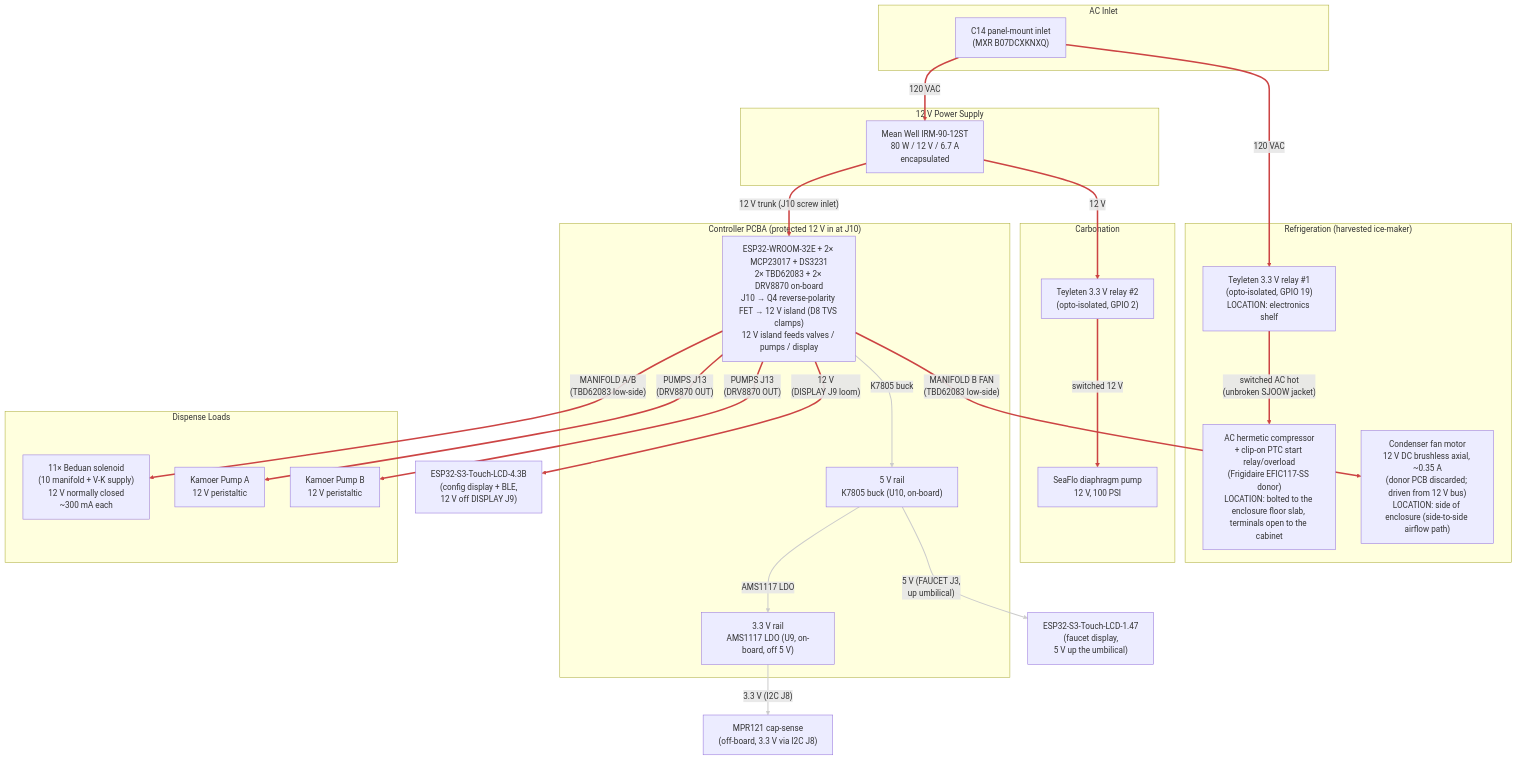
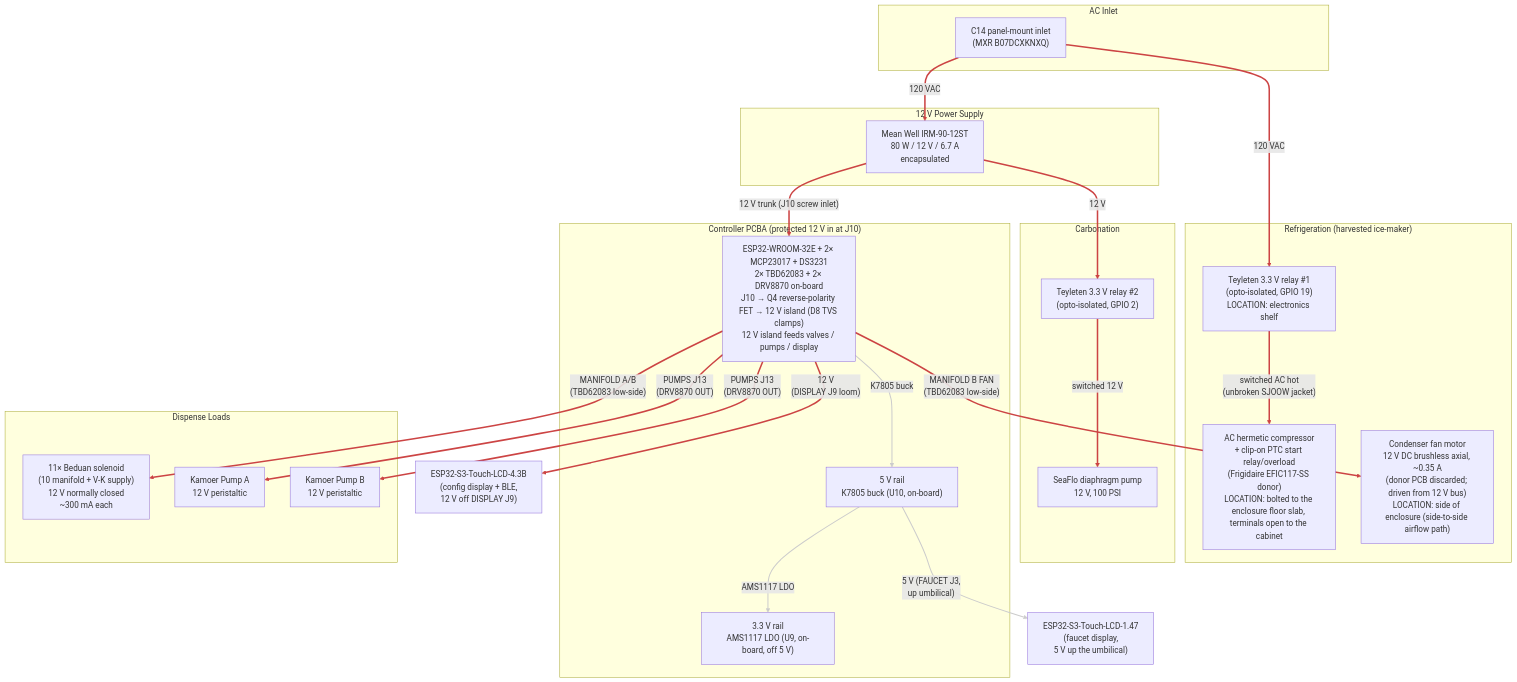
One commit to derekbreden/homesodamachine changed the diagram in hardware/wiring/power.mmd. Above: the diagram before and after it, drawn with Mermaid. The commit also changed 62 other files, not shown here.

First line of the commit message:
the cap-sense subsystem leaves, and nothing in the machine holds nothing

```diff
--- a/hardware/wiring/power.mmd
+++ b/hardware/wiring/power.mmd
@@ -1,133 +1,129 @@
 flowchart TD
 
   %% Power Distribution (current plan).
   %% 120 VAC mains in via C14 inlet; Mean Well 12 V PSU supplies the
   %% 12 V bus for everything except the compressor itself, which runs
   %% on switched mains via Teyleten relay #1 (PCBA RELAYS J5, ESP32
   %% GPIO 19). The 12 V diaphragm pump is gated by Teyleten relay #2
   %% (PCBA RELAYS J5, ESP32 GPIO 2) so firmware can keep refill off
   %% during an active dispense. Both relay modules take their coil/opto
   %% 5 V from RELAYS J5.
   %% The 12 V bus feeds the controller PCBA at its screw inlet (J10).
   %% The inlet is protected in series: a P-channel MOSFET (Q4, AO3407)
   %% in the high side blocks reverse polarity before the 12 V reaches the
   %% island; and a 15 V TVS (D8, SMAJ15A) clamps input surges the board
   %% sees to under C3's 25 V rating. Overcurrent is bounded by the Mean
   %% Well supply's own 6.7 A OCP.
   %% The board makes its own logic rails — 5 V from the on-board K7805
   %% buck (U10), 3.3 V from the on-board AMS1117 LDO (U9, off the 5 V
   %% rail) — and carries the WROOM, both MCP23017s, the RTC, both
   %% TBD62083s, and the two DRV8870 pump H-bridges. Off-board 12 V
   %% loads draw through the board: solenoid valves + condenser fan
   %% through the TBD62083 channels (MANIFOLD A/B), peristaltic pumps through
   %% the DRV8870s (PUMPS J13), and the 4.3B config display through its
   %% loom connector (DISPLAY J9 carries RS485 + 12 V). The faucet
   %% display takes 5 V up the umbilical (FAUCET J3); the sensor loom
   %% (SENSORS J4) and the MQ-6 heater (GAS J11) draw 5 V / 3.3 V off
   %% the same on-board rails.
   %% Physical placement:
   %% - The C14 inlet, AC distribution, PSU, both Teyleten relays, and
   %%   the controller PCBA sit on a single electronics shelf at the
   %%   top-back of the enclosure, behind the rear-wall C14 inlet.
   %% - The compressor sits middle-bottom, bolted down to the enclosure
   %%   floor slab on four printed posts. Its terminal block and its
   %%   clip-on PTC start relay + overload module stand OPEN to the
   %%   cabinet volume — nothing encloses them. `/business/regulatory.md`
   %%   carries that as a live gap against 60335-2-24's fire-enclosure
   %%   requirement, and closing it is a prerequisite for any claim.
   %% - Teyleten relay #1 stays on the SHELF, away from the refrigerant
   %%   compartment. Only switched AC reaches the compressor — one
   %%   jacketed SJOOW bundle, switched H + N + chassis G (AC-4/5/6),
   %%   unbroken from the shelf and its own strain relief. This keeps
   %%   the arcing contact out of the hydrocarbon-refrigerant volume,
   %%   which is the one placement rule that still holds there.
   %% - The condenser fan motor is on the side of the enclosure
   %%   (the side-to-side intake → condenser → exhaust airflow path).
   %%   It is a 12 V DC brushless axial
   %%   fan: the donor ice maker's own PCB regulated mains to 12 V
   %%   to drive it (factory wiring was never AC on the fan itself),
   %%   so on harvest we discard the donor PCB and drive the fan
   %%   from our own 12 V bus. Low-side switched via one channel of
   %%   TBD62083 #2 (MANIFOLD B FAN pin, driven from MCP23017 0x21
   %%   PA3) — same pattern as the solenoid valves. Firmware turns it
   %%   on/off in lockstep with the compressor.
   %% See `ac-wiring-schedule.md` for run-by-run gauges + lengths and
   %% `../assembly/enclosure-mechanical.md` §5 for the compressor's
   %% four floor posts and the bond that lands under one of their screws.
 
   subgraph AC_Inlet["AC Inlet"]
     C14["C14 panel-mount inlet\n(MXR B07DCXKNXQ)"]
   end
 
   subgraph Supply["12 V Power Supply"]
     PSU["Mean Well IRM-90-12ST\n80 W / 12 V / 6.7 A\nencapsulated"]
   end
 
   subgraph Refrigeration["Refrigeration  (harvested ice-maker)"]
     RELAY["Teyleten 3.3 V relay #1\n(opto-isolated, GPIO 19)\nLOCATION: electronics shelf"]
     COMP_AC["AC hermetic compressor\n+ clip-on PTC start relay/overload\n(Frigidaire EFIC117-SS donor)\nLOCATION: bolted to the enclosure floor slab, terminals open to the cabinet"]
     COND_FAN["Condenser fan motor\n12 V DC brushless axial, ~0.35 A\n(donor PCB discarded; driven from 12 V bus)\nLOCATION: side of enclosure (side-to-side airflow path)"]
   end
 
   subgraph Carbonation["Carbonation"]
     DIA_RELAY["Teyleten 3.3 V relay #2\n(opto-isolated, GPIO 2)"]
     DIA_PUMP["SeaFlo diaphragm pump\n12 V, 100 PSI"]
   end
 
   subgraph Board["Controller PCBA  (protected 12 V in at J10)"]
     PCBA["ESP32-WROOM-32E + 2× MCP23017 + DS3231\n2× TBD62083 + 2× DRV8870 on-board\nJ10 → Q4 reverse-polarity FET → 12 V island (D8 TVS clamps)\n12 V island feeds valves / pumps / display"]
     REG_5V["5 V rail\nK7805 buck (U10, on-board)"]
     REG_3V3["3.3 V rail\nAMS1117 LDO (U9, on-board, off 5 V)"]
   end
 
   subgraph Dispense["Dispense Loads"]
     VALVES["11× Beduan solenoid\n(10 manifold + V-K supply)\n12 V normally closed\n~300 mA each"]
     PUMP_A["Kamoer Pump A\n12 V peristaltic"]
     PUMP_B["Kamoer Pump B\n12 V peristaltic"]
   end
 
   CFG["ESP32-S3-Touch-LCD-4.3B\n(config display + BLE,\n 12 V off DISPLAY J9)"]
 
   FAUCET["ESP32-S3-Touch-LCD-1.47\n(faucet display,\n 5 V up the umbilical)"]
 
-  MPR["MPR121 cap-sense\n(off-board, 3.3 V via I2C J8)"]
-
   %% AC distribution (hot leg)
   C14 ==>|"120 VAC"| RELAY
   C14 ==>|"120 VAC"| PSU
   RELAY ==>|"switched AC hot\n(unbroken SJOOW jacket)"| COMP_AC
 
   %% 12 V distribution
   PSU ==>|"12 V trunk (J10 screw inlet)"| PCBA
   PSU ==>|"12 V"| DIA_RELAY
   DIA_RELAY ==>|"switched 12 V"| DIA_PUMP
   PCBA ==>|"MANIFOLD A/B\n(TBD62083 low-side)"| VALVES
   PCBA ==>|"MANIFOLD B FAN\n(TBD62083 low-side)"| COND_FAN
   PCBA ==>|"PUMPS J13\n(DRV8870 OUT)"| PUMP_A
   PCBA ==>|"PUMPS J13\n(DRV8870 OUT)"| PUMP_B
   PCBA ==>|"12 V\n(DISPLAY J9 loom)"| CFG
 
   %% Logic rails (made on the PCBA)
   PCBA -->|"K7805 buck"| REG_5V
   REG_5V -->|"5 V (FAUCET J3,\n up umbilical)"| FAUCET
   REG_5V -->|"AMS1117 LDO"| REG_3V3
-  REG_3V3 -->|"3.3 V (I2C J8)"| MPR
 
   %% Power paths (red, thick).
   %% 0    = C14 -> relay #1 (AC mains)
   %% 1    = C14 -> PSU (AC mains)
   %% 2    = relay #1 -> compressor (switched AC, unbroken SJOOW jacket)
   %% 3    = PSU 12 V trunk -> PCBA (J10)
   %% 4    = PSU 12 V -> diaphragm relay #2
   %% 5    = relay #2 -> diaphragm pump (switched 12 V)
   %% 6    = PCBA -> solenoid valves (TBD62083 low-side)
   %% 7    = PCBA -> condenser fan (TBD62083 low-side)
   %% 8-9  = PCBA -> peristaltic pumps (DRV8870)
   %% 10   = PCBA -> 4.3B config display (12 V off J9)
   linkStyle 0,1,2,3,4,5,6,7,8,9,10 stroke:#c44,stroke-width:3px
   %% Logic rails (5 V, 3.3 V), made on the PCBA: white workhorse.
   %% 11 = K7805 buck -> 5 V rail
   %% 12 = 5 V rail -> faucet display (up umbilical)
   %% 13 = AMS1117 -> 3.3 V rail
-  %% 14 = 3.3 V rail -> off-board MPR121 (I2C header)
-  linkStyle 11,12,13,14 stroke:#ccc,stroke-width:2px
+  linkStyle 11,12,13 stroke:#ccc,stroke-width:2px
```
